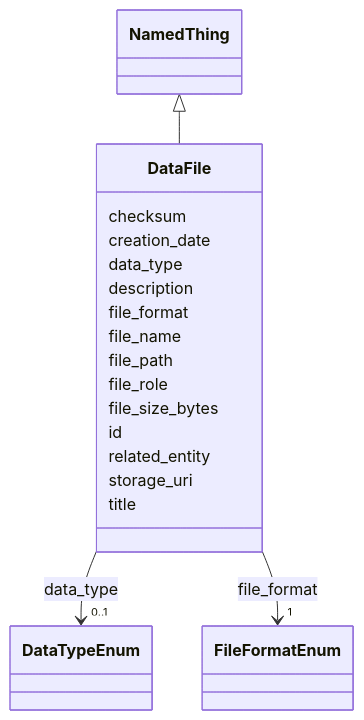
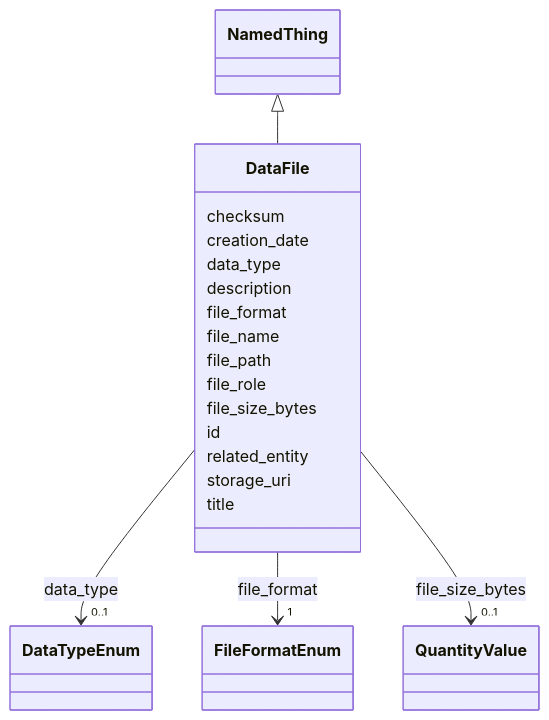
One commit to lambda-ber/lambda-ber-schema changed the diagram in docs/elements/DataFile.md. Above: the diagram before and after it, drawn with Mermaid. The commit also changed other lines of this file and 404 other files, not shown here.

Commit message:
Update schema artifacts

````diff
--- a/docs/elements/DataFile.md
+++ b/docs/elements/DataFile.md
@@ -18,53 +18,62 @@
 ```mermaid
  classDiagram
     class DataFile
     click DataFile href "../DataFile/"
       NamedThing <|-- DataFile
         click NamedThing href "../NamedThing/"
       
       DataFile : checksum
         
       DataFile : creation_date
         
       DataFile : data_type
         
           
     
         
         
         DataFile --> "0..1" DataTypeEnum : data_type
         click DataTypeEnum href "../DataTypeEnum/"
     
 
         
       DataFile : description
         
       DataFile : file_format
         
           
     
         
         
         DataFile --> "1" FileFormatEnum : file_format
         click FileFormatEnum href "../FileFormatEnum/"
     
 
         
       DataFile : file_name
         
       DataFile : file_path
         
       DataFile : file_role
         
       DataFile : file_size_bytes
         
+          
+    
+        
+        
+        DataFile --> "0..1" QuantityValue : file_size_bytes
+        click QuantityValue href "../QuantityValue/"
+    
+
+        
       DataFile : id
         
       DataFile : related_entity
         
       DataFile : storage_uri
         
       DataFile : title
         
       
 ```
````
